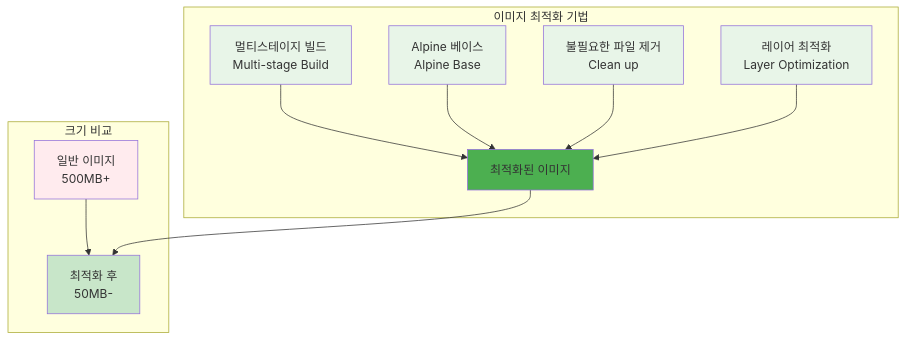
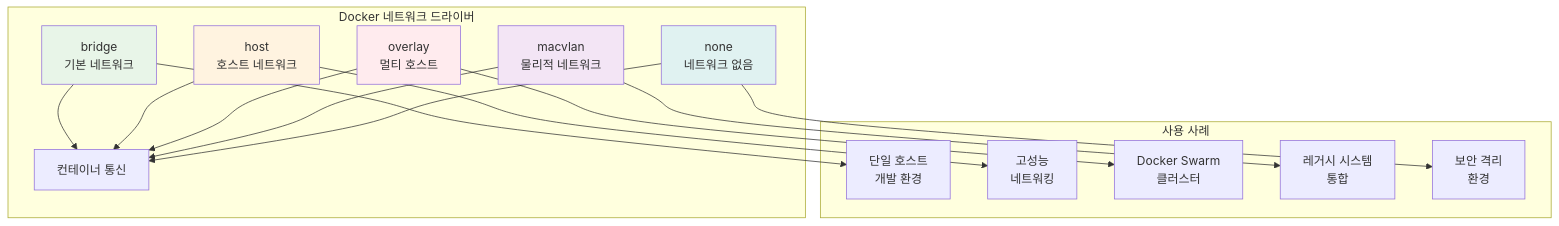
One commit to niceguy61/kdt_devops_lecture_2025 changed the first of 3 diagrams in theory/week_02/day3/session_2.md. Above: the diagram before and after it, drawn with Mermaid. The commit also changed other lines of this file and 7 other files, not shown here.

````diff
--- a/theory/week_02/day3/session_2.md
+++ b/theory/week_02/day3/session_2.md
@@ -27,23 +44,30 @@
 ```mermaid
 graph TB
-    subgraph "이미지 최적화 기법"
-        A[멀티스테이지 빌드<br/>Multi-stage Build] --> E[최적화된 이미지]
-        B[Alpine 베이스<br/>Alpine Base] --> E
-        C[불필요한 파일 제거<br/>Clean up] --> E
-        D[레이어 최적화<br/>Layer Optimization] --> E
+    subgraph "Docker 네트워크 드라이버"
+        A[bridge<br/>기본 네트워크] --> F[컨테이너 통신]
+        B[host<br/>호스트 네트워크] --> F
+        C[overlay<br/>멀티 호스트] --> F
+        D[macvlan<br/>물리적 네트워크] --> F
+        E[none<br/>네트워크 없음] --> F
     end
     
-    subgraph "크기 비교"
-        F[일반 이미지<br/>500MB+] --> G[최적화 후<br/>50MB-]
+    subgraph "사용 사례"
+        G[단일 호스트<br/>개발 환경]
+        H[고성능<br/>네트워킹]
+        I[Docker Swarm<br/>클러스터]
+        J[레거시 시스템<br/>통합]
+        K[보안 격리<br/>환경]
     end
     
-    E --> G
+    A --> G
+    B --> H
+    C --> I
+    D --> J
+    E --> K
     
     style A fill:#e8f5e8
-    style B fill:#e8f5e8
-    style C fill:#e8f5e8
-    style D fill:#e8f5e8
-    style E fill:#4caf50
-    style F fill:#ffebee
-    style G fill:#c8e6c9
+    style B fill:#fff3e0
+    style C fill:#ffebee
+    style D fill:#f3e5f5
+    style E fill:#e0f2f1
 ```
````
